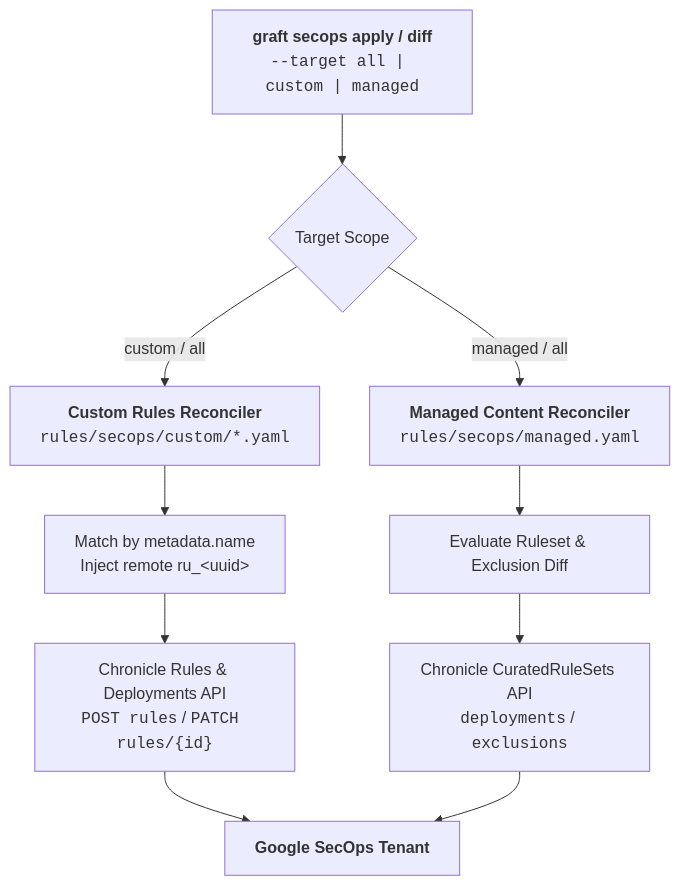
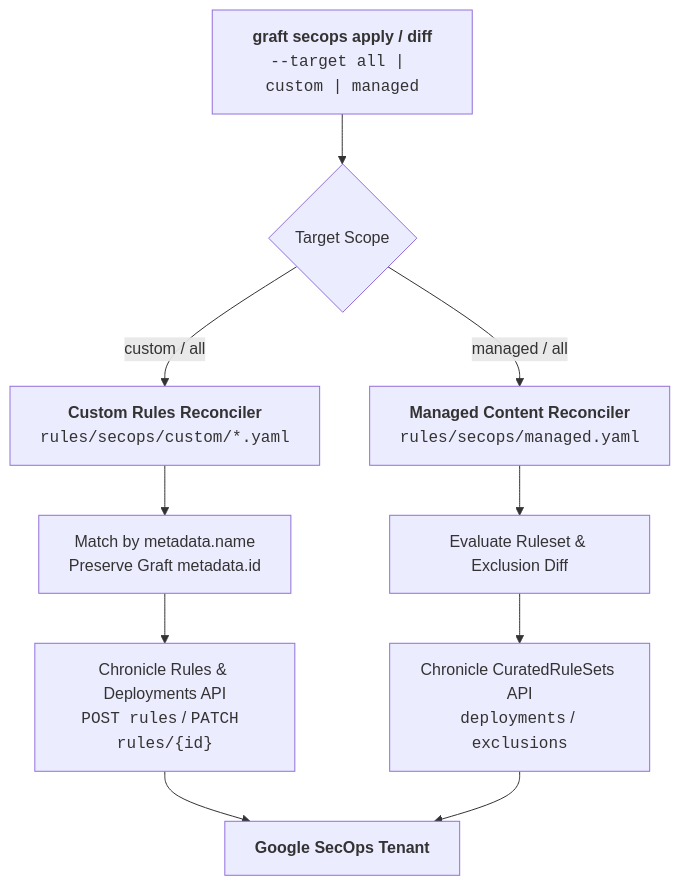
One commit to lopes/graft changed the first of 2 diagrams in docs/operators/gitops_reconciliation.md. Above: the diagram before and after it, drawn with Mermaid. The commit also changed other lines of this file and 1 other file, not shown here.

Commit message:
docs,governance: align gitops reconciliation architecture and record identity convergence milestone

````diff
--- a/docs/operators/gitops_reconciliation.md
+++ b/docs/operators/gitops_reconciliation.md
@@ -11,19 +11,19 @@
 ```mermaid
 flowchart TD
     CLI["<b>graft secops apply / diff</b><br/><code>--target all | custom | managed</code>"]
     TARGET{"Target Scope"}
 
     CLI --> TARGET
 
     TARGET -- "custom / all" --> CUSTOM_FLOW["<b>Custom Rules Reconciler</b><br/><code>rules/secops/custom/*.yaml</code>"]
     TARGET -- "managed / all" --> MANAGED_FLOW["<b>Managed Content Reconciler</b><br/><code>rules/secops/managed.yaml</code>"]
 
-    CUSTOM_FLOW --> MATCH["Match by metadata.name<br/>Inject remote ru_&lt;uuid&gt;"]
+    CUSTOM_FLOW --> MATCH["Match by metadata.name<br/>Preserve Graft metadata.id"]
     MATCH --> CUSTOM_API["Chronicle Rules & Deployments API<br/><code>POST rules</code> / <code>PATCH rules/{id}</code>"]
 
     MANAGED_FLOW --> MAN_DIFF["Evaluate Ruleset & Exclusion Diff"]
     MAN_DIFF --> MANAGED_API["Chronicle CuratedRuleSets API<br/><code>deployments</code> / <code>exclusions</code>"]
 
     CUSTOM_API --> TENANT["<b>Google SecOps Tenant</b>"]
     MANAGED_API --> TENANT
 ```
````
